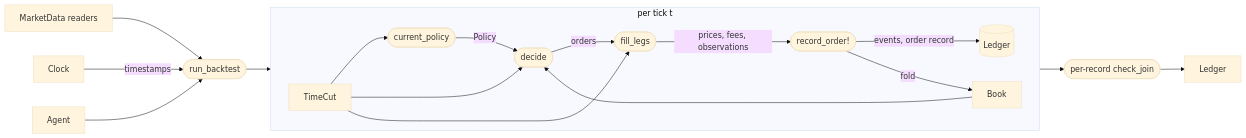
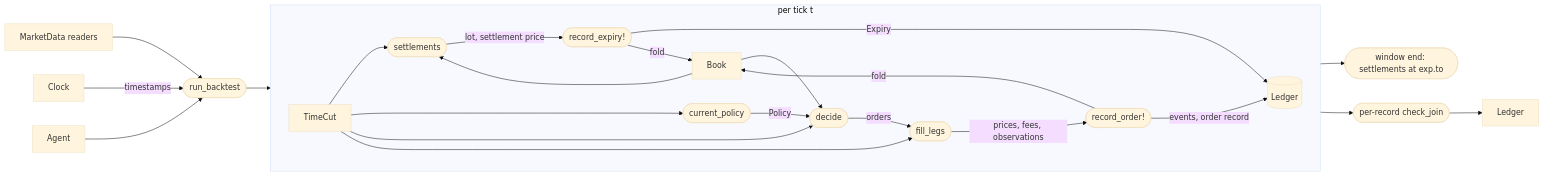
One commit to aleCombi/VolSurfaceAnalysis.jl changed the diagram in docs/modules/backtest.md. Above: the diagram before and after it, drawn with Mermaid (base theme). The commit also changed other lines of this file and 9 other files, not shown here.

````diff
--- a/docs/modules/backtest.md
+++ b/docs/modules/backtest.md
@@ -16,31 +19,39 @@
 ```mermaid
 flowchart LR
     Data[MarketData readers]
     Clock[Clock]
     Agent[Agent]
     Engine([run_backtest])
     Data --> Engine
     Clock -->|timestamps| Engine
     Agent --> Engine
 
     subgraph Loop["per tick t"]
         direction LR
         Cut[TimeCut]
+        SE([settlements])
+        RE([record_expiry!])
         CP([current_policy])
         D([decide])
         FL([fill_legs])
         RO([record_order!])
+        Cut --> SE
+        Book[Book] --> SE
+        SE -->|lot, settlement price| RE
+        RE -->|Expiry| Ledger[(Ledger)]
+        RE -->|fold| Book
         Cut --> CP
         CP -->|Policy| D
         Cut --> D
-        Book[Book] --> D
+        Book --> D
         D -->|orders| FL
         Cut --> FL
         FL -->|prices, fees, observations| RO
-        RO -->|events, order record| Ledger[(Ledger)]
+        RO -->|events, order record| Ledger
         RO -->|fold| Book
     end
 
     Engine --> Loop
+    Loop --> WE([window end: settlements at exp.to])
     RO --> CJ([per-record check_join]) --> Out[Ledger]
 ```
````
